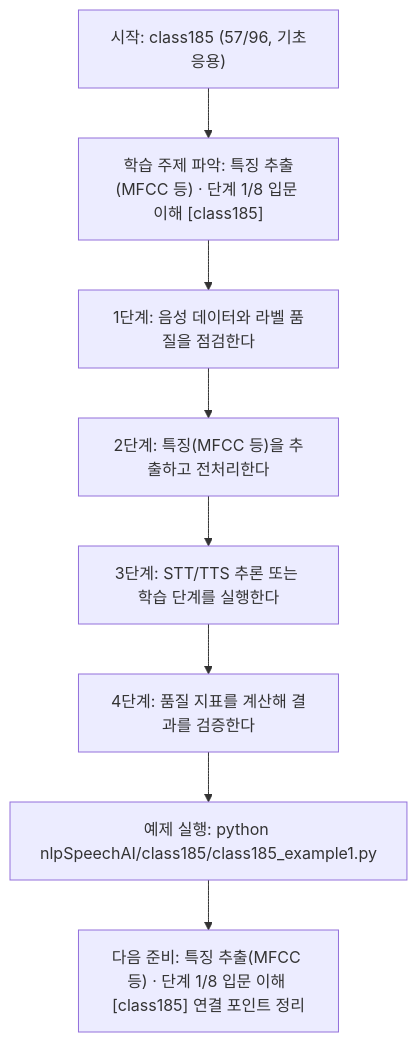
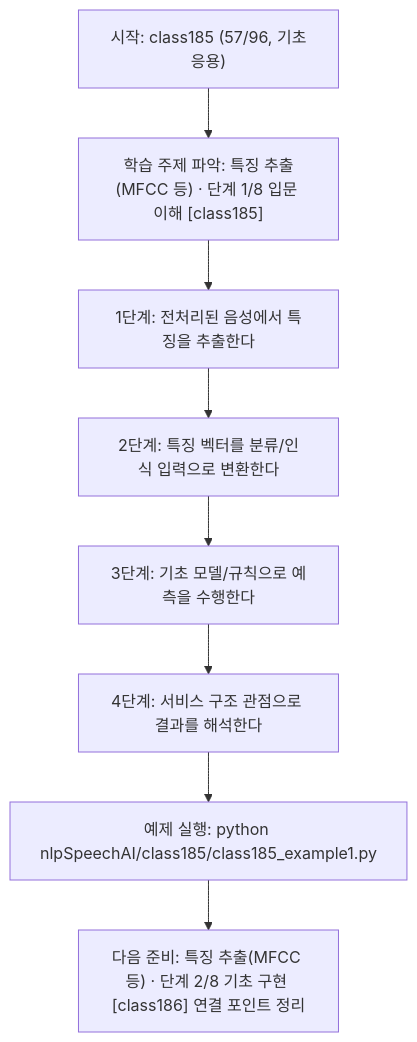
The diagram in nlpSpeechAI/class185/class185.md (edumgt/Python-AI_Agent-Class), drawn with Mermaid before and after one commit. The commit also changed other lines of this file and 1122 other files, not shown here.

````diff
--- a/nlpSpeechAI/class185/class185.md
+++ b/nlpSpeechAI/class185/class185.md
@@ -114,18 +95,18 @@
 ```mermaid
 flowchart TD
 N1["시작: class185 (57/96, 기초응용)"]
 N2["학습 주제 파악: 특징 추출(MFCC 등) · 단계 1/8 입문 이해 [class185]"]
-N3["1단계: 음성 데이터와 라벨 품질을 점검한다"]
-N4["2단계: 특징(MFCC 등)을 추출하고 전처리한다"]
-N5["3단계: STT/TTS 추론 또는 학습 단계를 실행한다"]
-N6["4단계: 품질 지표를 계산해 결과를 검증한다"]
+N3["1단계: 전처리된 음성에서 특징을 추출한다"]
+N4["2단계: 특징 벡터를 분류/인식 입력으로 변환한다"]
+N5["3단계: 기초 모델/규칙으로 예측을 수행한다"]
+N6["4단계: 서비스 구조 관점으로 결과를 해석한다"]
 N7["예제 실행: python nlpSpeechAI/class185/class185_example1.py"]
-N8["다음 준비: 특징 추출(MFCC 등) · 단계 1/8 입문 이해 [class185] 연결 포인트 정리"]
+N8["다음 준비: 특징 추출(MFCC 등) · 단계 2/8 기초 구현 [class186] 연결 포인트 정리"]
 N1 --> N2
 N2 --> N3
 N3 --> N4
 N4 --> N5
 N5 --> N6
 N6 --> N7
 N7 --> N8
 ```
````
